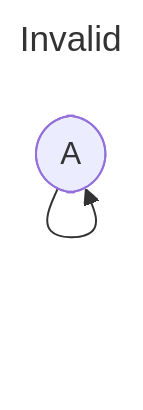
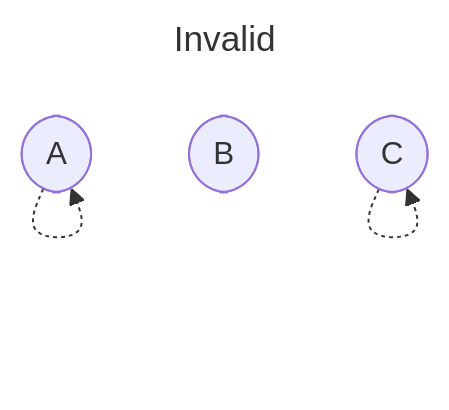
Before and after one commit to stepchowfun/proofs: the fifth of 18 diagrams in proofs/AdmissibilityGraph/README.md, drawn with Mermaid. The commit also changed other lines of this file and 3 other files, not shown here.

Commit message:
Introduce a reflexivity axiom to the admissibility graph development

````diff
--- a/proofs/AdmissibilityGraph/README.md
+++ b/proofs/AdmissibilityGraph/README.md
@@ -104,9 +113,12 @@
 ```mermaid
 ---
 title: Invalid
 ---
 flowchart TD
   a([A])
+  b([B])
+  c([C])
 
-  a --> a
+  a -.-> a
+  c -.-> c
 ```
````
